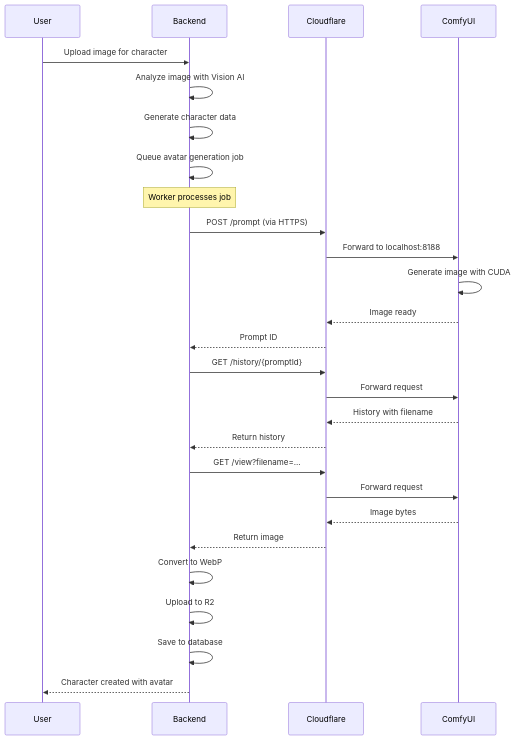
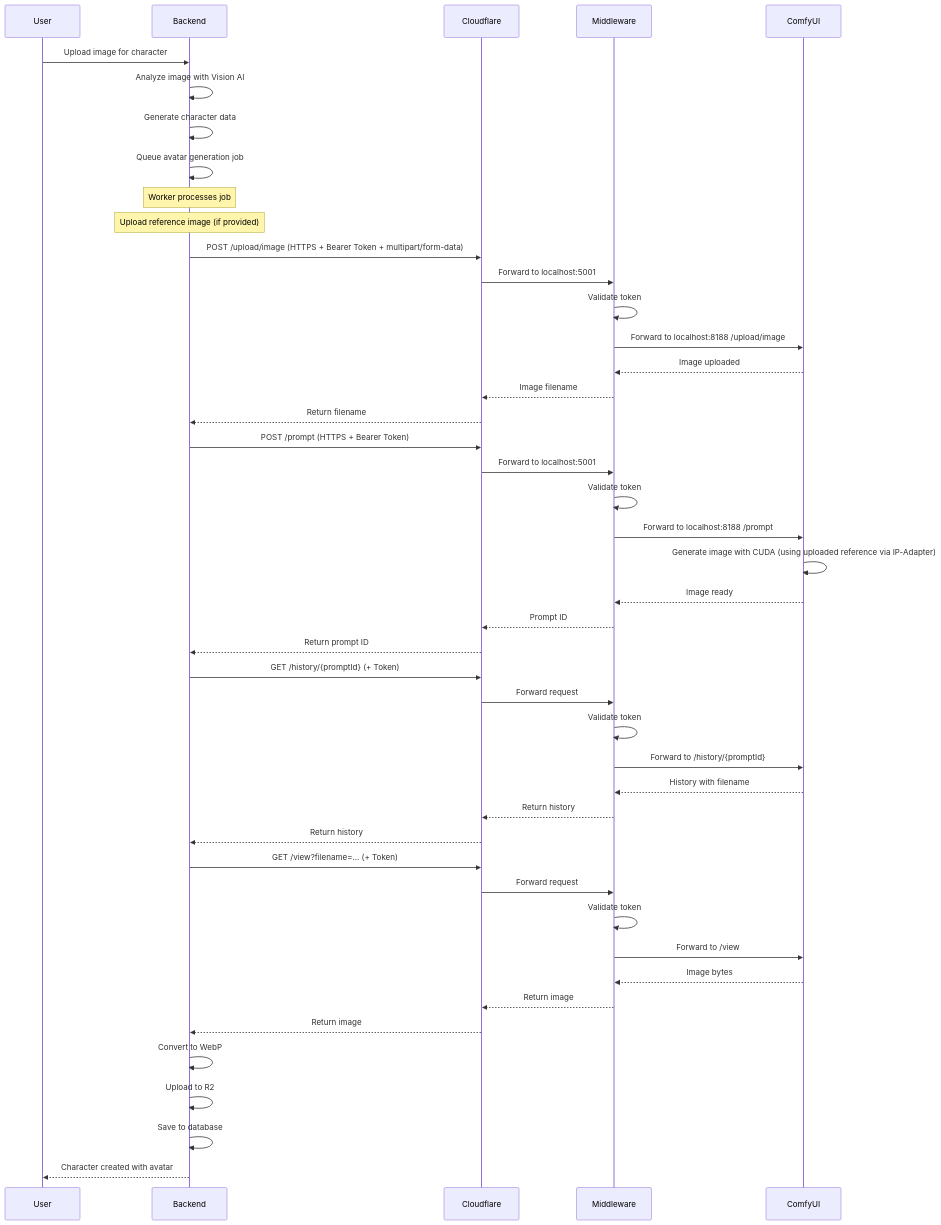
Before and after one commit to leandro-br-dev/charhub: the diagram in docs/02-guides/operations/comfyui-setup.md, drawn with Mermaid. The commit also changed other lines of this file and 10 other files, not shown here.

````diff
--- a/docs/02-guides/operations/comfyui-setup.md
+++ b/docs/02-guides/operations/comfyui-setup.md
@@ -106,36 +146,55 @@
 ```mermaid
 sequenceDiagram
     participant U as User
     participant B as Backend
     participant CF as Cloudflare
+    participant M as Middleware
     participant C as ComfyUI
 
     U->>B: Upload image for character
     B->>B: Analyze image with Vision AI
     B->>B: Generate character data
     B->>B: Queue avatar generation job
 
     Note over B: Worker processes job
 
-    B->>CF: POST /prompt (via HTTPS)
-    CF->>C: Forward to localhost:8188
-    C->>C: Generate image with CUDA
-    C-->>CF: Image ready
-    CF-->>B: Prompt ID
+    Note over B: Upload reference image (if provided)
+    B->>CF: POST /upload/image (HTTPS + Bearer Token + multipart/form-data)
+    CF->>M: Forward to localhost:5001
+    M->>M: Validate token
+    M->>C: Forward to localhost:8188 /upload/image
+    C-->>M: Image uploaded
+    M-->>CF: Image filename
+    CF-->>B: Return filename
 
-    B->>CF: GET /history/{promptId}
-    CF->>C: Forward request
-    C-->>CF: History with filename
+    B->>CF: POST /prompt (HTTPS + Bearer Token)
+    CF->>M: Forward to localhost:5001
+    M->>M: Validate token
+    M->>C: Forward to localhost:8188 /prompt
+    C->>C: Generate image with CUDA (using uploaded reference via IP-Adapter)
+    C-->>M: Image ready
+    M-->>CF: Prompt ID
+    CF-->>B: Return prompt ID
+
+    B->>CF: GET /history/{promptId} (+ Token)
+    CF->>M: Forward request
+    M->>M: Validate token
+    M->>C: Forward to /history/{promptId}
+    C-->>M: History with filename
+    M-->>CF: Return history
     CF-->>B: Return history
 
-    B->>CF: GET /view?filename=...
-    CF->>C: Forward request
-    C-->>CF: Image bytes
+    B->>CF: GET /view?filename=... (+ Token)
+    CF->>M: Forward request
+    M->>M: Validate token
+    M->>C: Forward to /view
+    C-->>M: Image bytes
+    M-->>CF: Return image
     CF-->>B: Return image
 
     B->>B: Convert to WebP
     B->>B: Upload to R2
     B->>B: Save to database
 
     B-->>U: Character created with avatar
 ```
````
